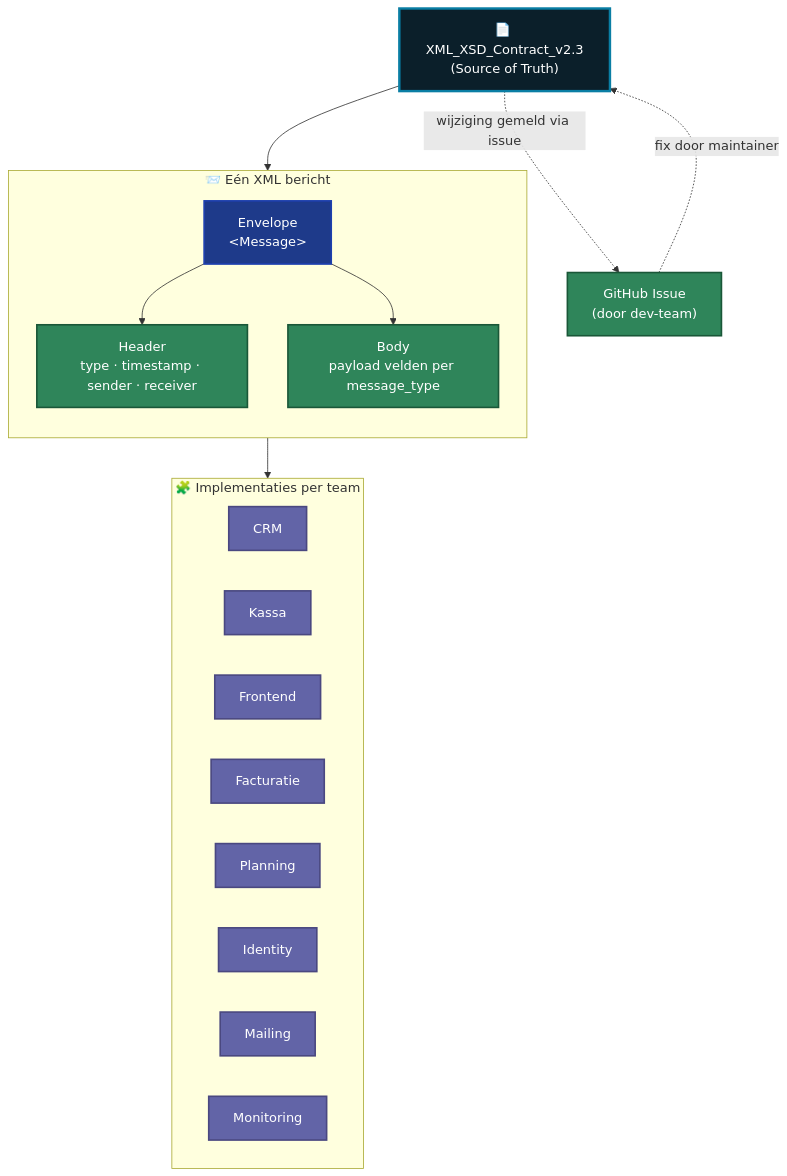
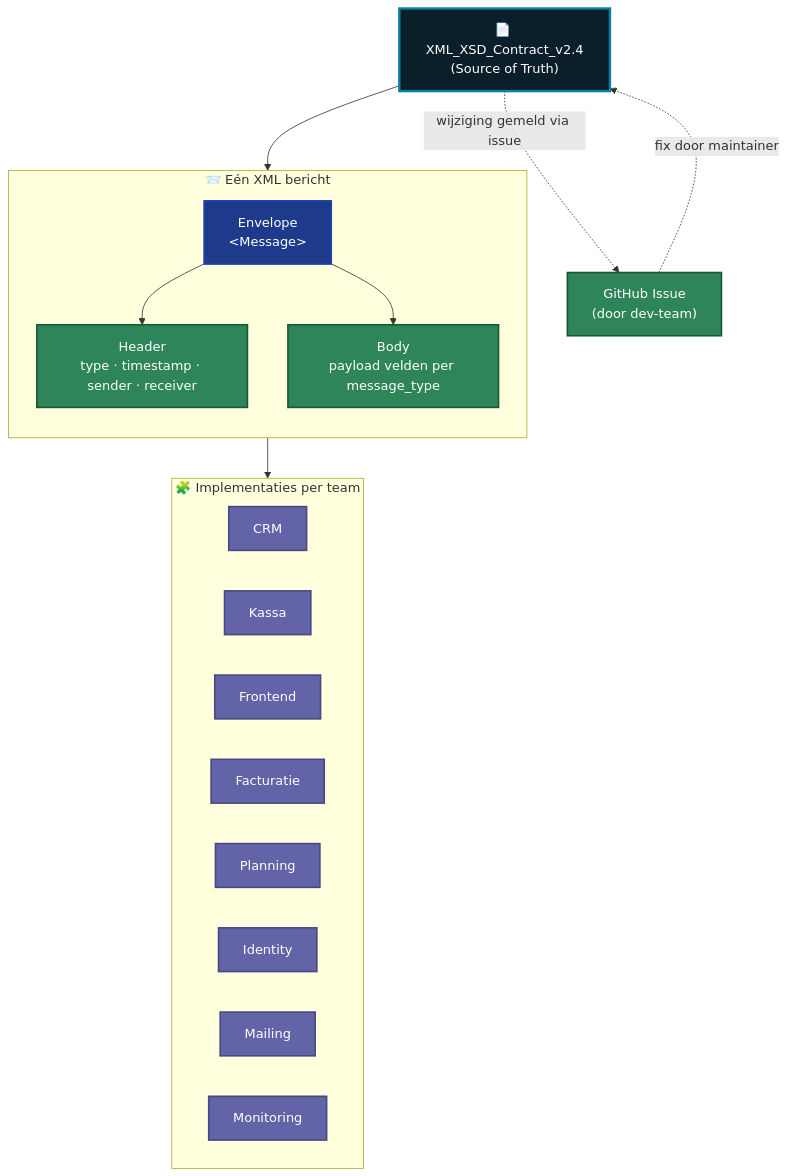
One commit to IntegrationProject-Groep1/xml-xsd-contract changed the first of 4 diagrams in README.md. Above: the diagram before and after it, drawn with Mermaid. The commit also changed other lines of this file and 3 other files, not shown here.

````diff
--- a/README.md
+++ b/README.md
@@ -263,36 +263,36 @@
 ```mermaid
 flowchart TB
     classDef truth   fill:#0b1f2a,color:#fff,stroke:#0a7ea4,stroke-width:3px;
     classDef msg     fill:#1e3a8a,color:#fff,stroke:#1e40af,stroke-width:2px;
     classDef field   fill:#2f855a,color:#fff,stroke:#1a5738,stroke-width:2px;
     classDef teamcl  fill:#6264a7,color:#fff,stroke:#4a4880,stroke-width:2px;
 
-    SOT["📄 XML_XSD_Contract_v2.3<br/>(Source of Truth)"]:::truth
+    SOT["📄 XML_XSD_Contract_v2.4<br/>(Source of Truth)"]:::truth
 
     subgraph BERICHT["📨 Eén XML bericht"]
         direction TB
         ENV["Envelope<br/>&lt;Message&gt;"]:::msg
         HDR["Header<br/>type · timestamp · sender · receiver"]:::field
         BODY["Body<br/>payload velden per message_type"]:::field
         ENV --> HDR
         ENV --> BODY
     end
 
     subgraph CONSUMERS["🧩 Implementaties per team"]
         direction LR
         CRM2["CRM"]:::teamcl
         KAS2["Kassa"]:::teamcl
         FE2["Frontend"]:::teamcl
         FAC2["Facturatie"]:::teamcl
         PL2["Planning"]:::teamcl
         ID2["Identity"]:::teamcl
         MAIL2["Mailing"]:::teamcl
         MON2["Monitoring"]:::teamcl
     end
 
     SOT --> BERICHT
     BERICHT --> CONSUMERS
 
     SOT -. "wijziging gemeld via issue" .-> ISSUE["GitHub Issue<br/>(door dev-team)"]:::field
     ISSUE -. "fix door maintainer" .-> SOT
 ```
````
